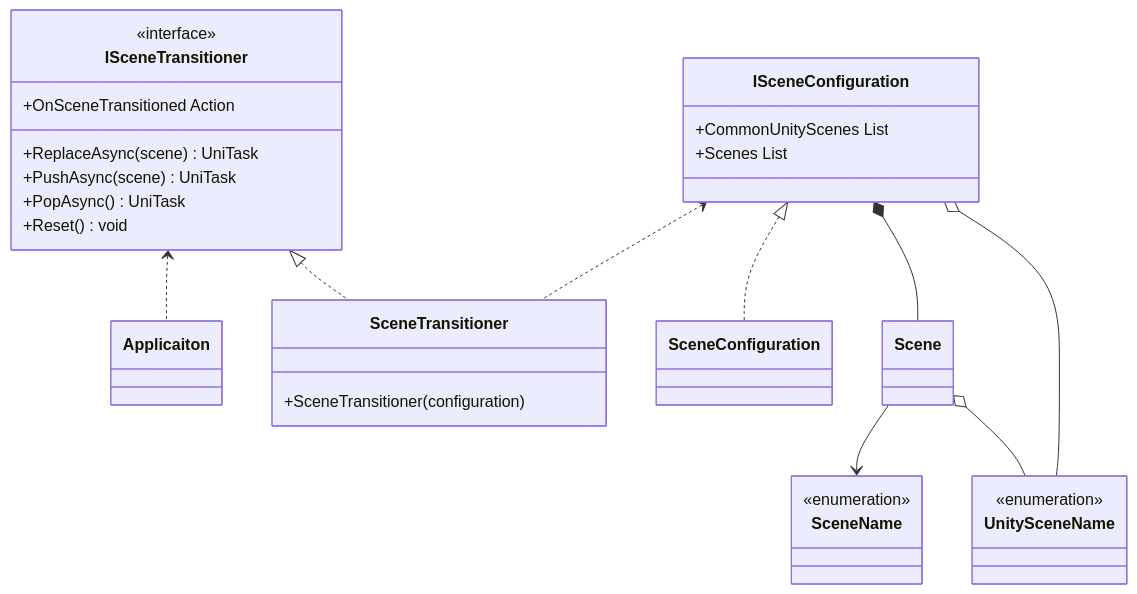
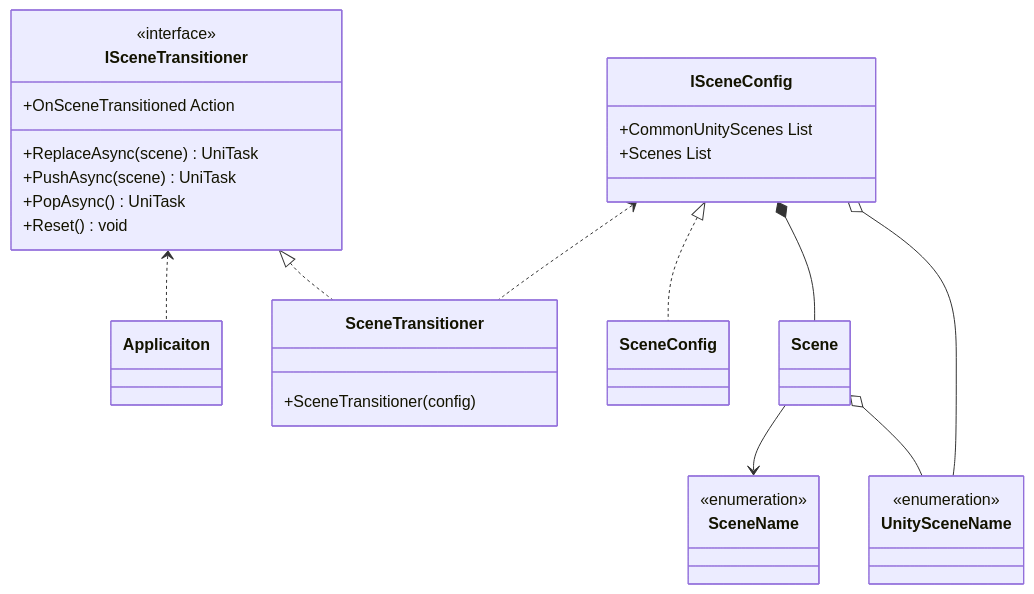
The first of 2 diagrams in docs/core/scene-transition.md (extreal-dev/Extreal.Guide), drawn with Mermaid before and after one commit. The commit also changed other lines of this file, not shown here.

````diff
--- a/docs/core/scene-transition.md
+++ b/docs/core/scene-transition.md
@@ -28,47 +28,47 @@
 ```mermaid
 classDiagram
 
     ISceneTransitioner <.. Applicaiton
     ISceneTransitioner <|.. SceneTransitioner
-    ISceneConfiguration <.. SceneTransitioner
-    ISceneConfiguration <|.. SceneConfiguration
-    ISceneConfiguration *-- Scene
-    ISceneConfiguration o-- UnitySceneName
+    ISceneConfig <.. SceneTransitioner
+    ISceneConfig <|.. SceneConfig
+    ISceneConfig *-- Scene
+    ISceneConfig o-- UnitySceneName
     Scene --> SceneName
     Scene o-- UnitySceneName
 
     class Applicaiton {
     }
 
     class SceneName {
         <<enumeration>>
     }
 
     class UnitySceneName {
         <<enumeration>>
     }
 
-    class SceneConfiguration {
+    class SceneConfig {
     }
 
     class ISceneTransitioner {
         <<interface>>
         +OnSceneTransitioned Action
         +ReplaceAsync(scene) UniTask
         +PushAsync(scene) UniTask
         +PopAsync() UniTask
         +Reset() void
     }
 
-    class ISceneConfiguration {
+    class ISceneConfig {
         +CommonUnityScenes List
         +Scenes List
     }
 
     class Scene {
     }
 
     class SceneTransitioner {
-        +SceneTransitioner(configuration)
+        +SceneTransitioner(config)
     }
 ```
````
